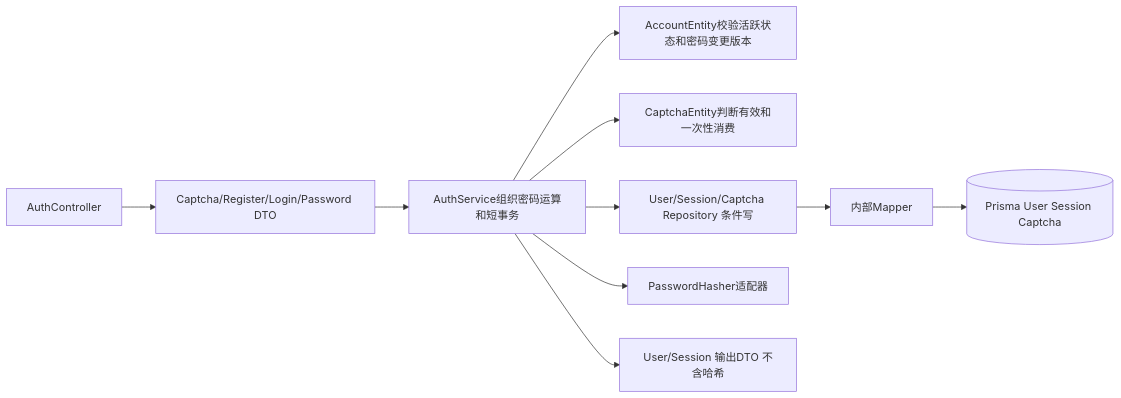
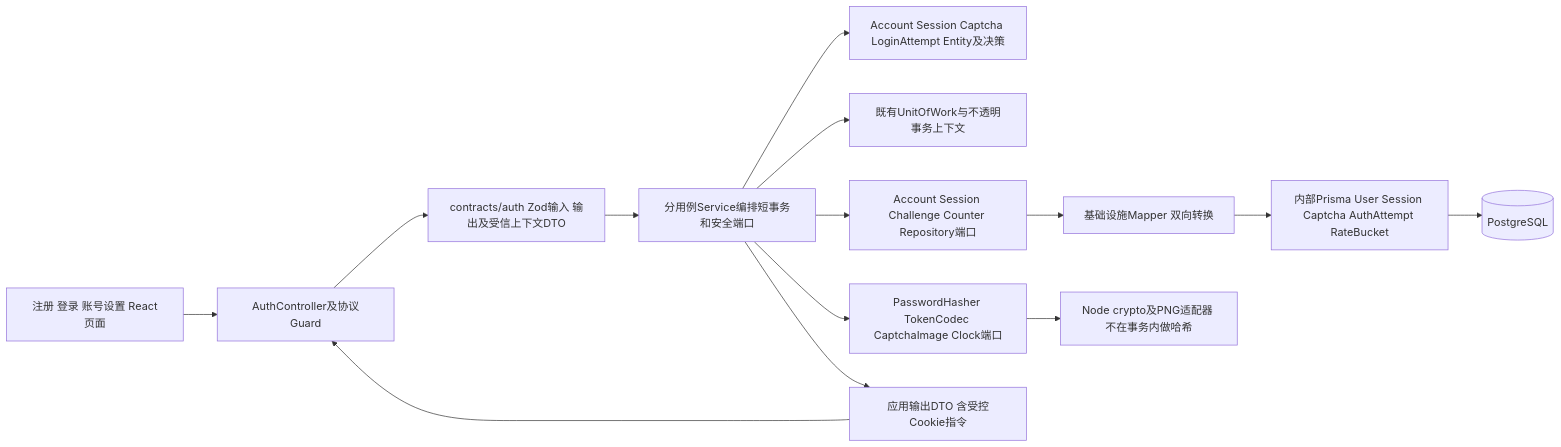
The third of 3 diagrams in career-assistant/docs/design/auth.md (Zz1li-Wang/job-search), drawn with Mermaid before and after one commit. The commit also changed other lines of this file and 402 other files, not shown here.

````diff
--- a/career-assistant/docs/design/auth.md
+++ b/career-assistant/docs/design/auth.md
@@ -34,12 +109,16 @@
 ```mermaid
 flowchart LR
-    API[AuthController] --> DTO[Captcha/Register/Login/Password DTO]
-    DTO --> S[AuthService组织密码运算和短事务]
-    S --> E[AccountEntity校验活跃状态和密码变更版本]
-    S --> C[CaptchaEntity判断有效和一次性消费]
-    S --> R[User/Session/Captcha Repository 条件写]
-    R --> M[内部Mapper]
-    M --> DB[(Prisma User Session Captcha)]
-    S --> H[PasswordHasher适配器]
-    S --> O[User/Session 输出DTO 不含哈希]
+    PAGE[注册 登录 账号设置 React页面] --> API[AuthController及协议Guard]
+    API --> DTO[contracts/auth Zod输入 输出及受信上下文DTO]
+    DTO --> SERVICE[分用例Service编排短事务和安全端口]
+    SERVICE --> DOMAIN[Account Session Captcha LoginAttempt Entity及决策]
+    SERVICE --> UOW[既有UnitOfWork与不透明事务上下文]
+    SERVICE --> REPO[Account Session Challenge Counter Repository端口]
+    REPO --> MAP[基础设施Mapper 双向转换]
+    MAP --> ORM[内部Prisma User Session Captcha AuthAttempt RateBucket]
+    ORM --> DB[(PostgreSQL)]
+    SERVICE --> HASH[PasswordHasher TokenCodec CaptchaImage Clock端口]
+    HASH --> NODE[Node crypto及PNG适配器 不在事务内做哈希]
+    SERVICE --> OUTPUT[应用输出DTO 含受控Cookie指令]
+    OUTPUT --> API
 ```
````
